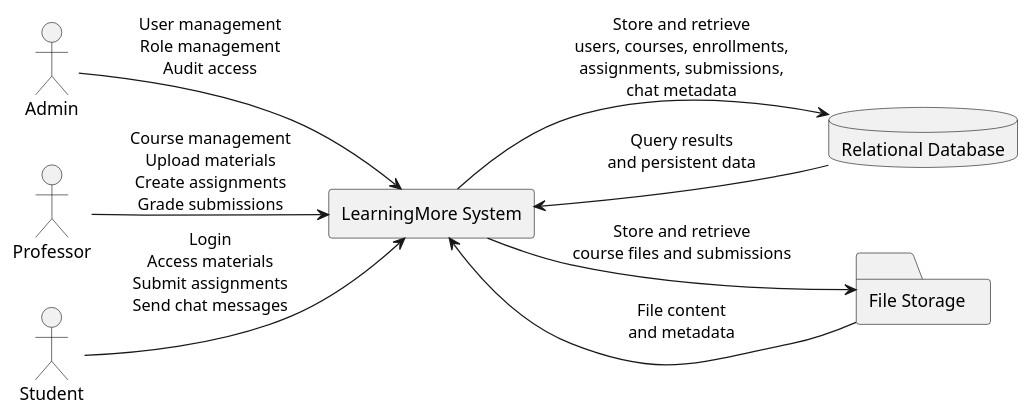
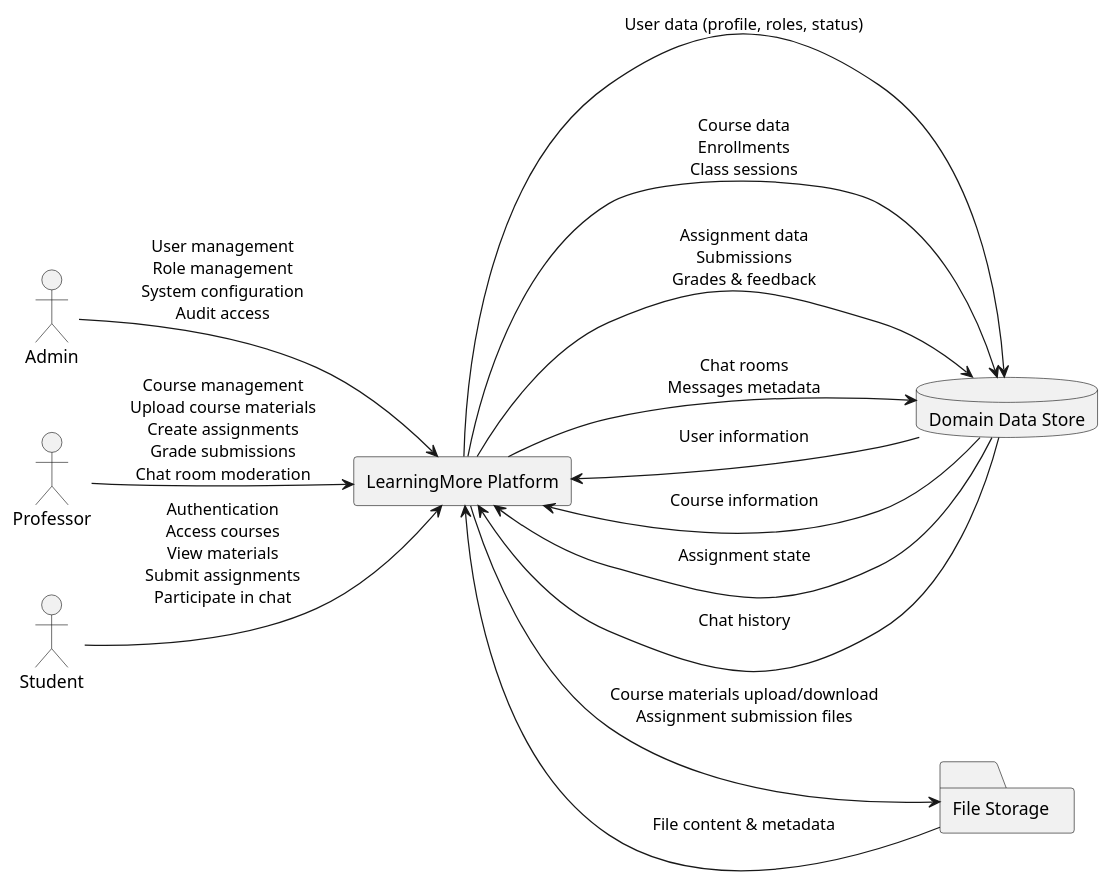
One commit to mei-desofs/desofs2026-wed_nap_5 changed the diagram in docs/diagrams/dfd-level-0.puml. Above: the diagram before and after it, drawn with PlantUML. The commit also changed 1 other file, not shown here.

```diff
--- a/docs/diagrams/dfd-level-0.puml
+++ b/docs/diagrams/dfd-level-0.puml
@@ -1,25 +1,50 @@
 @startuml
 left to right direction
 skinparam shadowing false
 skinparam packageStyle rectangle
 skinparam defaultTextAlignment center
 
 actor Admin
 actor Professor
 actor Student
 
-rectangle "LearningMore System" as LMS
-database "Relational Database" as DB
+rectangle "LearningMore Platform" as LMS
+
+database "Domain Data Store" as DB
 folder "File Storage" as FS
 
-Admin --> LMS : User management\nRole management\nAudit access
-Professor --> LMS : Course management\nUpload materials\nCreate assignments\nGrade submissions
-Student --> LMS : Login\nAccess materials\nSubmit assignments\nSend chat messages
+' =========================
+' ACTOR INTERACTIONS
+' =========================
 
-LMS --> DB : Store and retrieve\nusers, courses, enrollments,\nassignments, submissions,\nchat metadata
-DB --> LMS : Query results\nand persistent data
+Admin --> LMS : User management\nRole management\nSystem configuration\nAudit access
 
-LMS --> FS : Store and retrieve\ncourse files and submissions
-FS --> LMS : File content\nand metadata
+Professor --> LMS : Course management\nUpload course materials\nCreate assignments\nGrade submissions\nChat room moderation
+
+Student --> LMS : Authentication\nAccess courses\nView materials\nSubmit assignments\nParticipate in chat
+
+' =========================
+' DOMAIN DATA FLOWS
+' =========================
+
+' --- User Aggregate ---
+LMS --> DB : User data (profile, roles, status)
+DB --> LMS : User information
+
+' --- Course Aggregate ---
+LMS --> DB : Course data\nEnrollments\nClass sessions
+DB --> LMS : Course information
+
+' --- Assignment Aggregate ---
+LMS --> DB : Assignment data\nSubmissions\nGrades & feedback
+DB --> LMS : Assignment state
+
+' --- Chat Aggregate ---
+LMS --> DB : Chat rooms\nMessages metadata
+DB --> LMS : Chat history
+
+' --- File Storage Separation ---
+LMS --> FS : Course materials upload/download\nAssignment submission files
+FS --> LMS : File content & metadata
 
 @enduml
```
